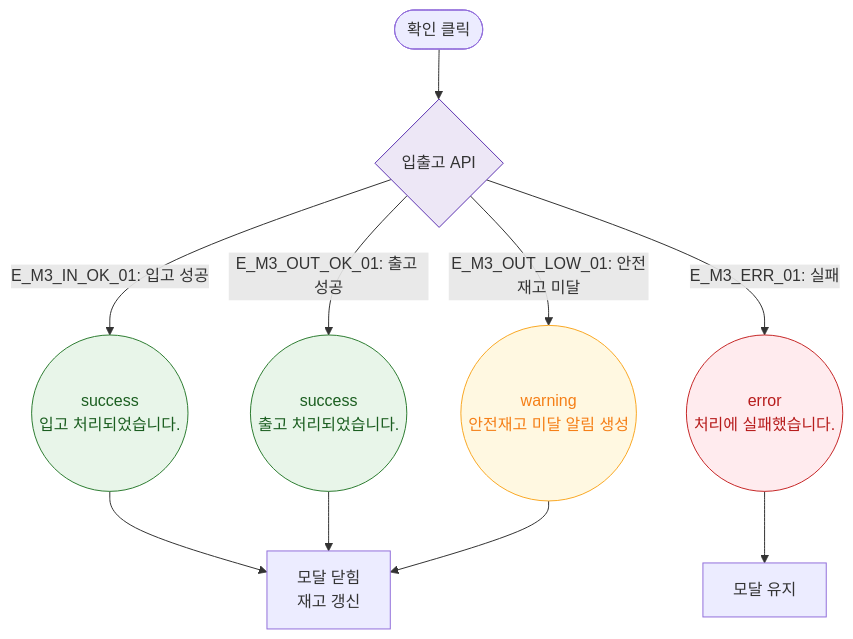
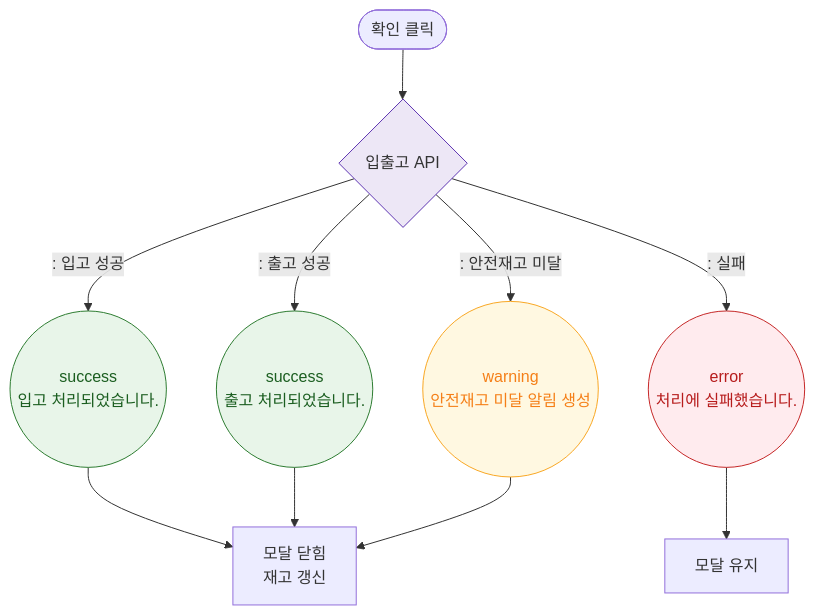
One commit to dev-spogym/admin-pando changed the diagram in docs/다이어그램/D06_시설관리/DLG/DLG-057-002_입출고처리/M3_결과분기.md. Above: the diagram before and after it, drawn with Mermaid. The commit also changed other lines of this file and 1660 other files, not shown here.

First line of the commit message:
다이어그램: 기획자/클라이언트 납품본으로 정리

````diff
--- a/docs/다이어그램/D06_시설관리/DLG/DLG-057-002_입출고처리/M3_결과분기.md
+++ b/docs/다이어그램/D06_시설관리/DLG/DLG-057-002_입출고처리/M3_결과분기.md
@@ -16,19 +14,19 @@
 ```mermaid
 flowchart TD
     ACTION([확인 클릭]) --> API{입출고 API}
-    API -->|"E_M3_IN_OK_01: 입고 성공"| InToast((success\n입고 처리되었습니다.))
-    API -->|"E_M3_OUT_OK_01: 출고 성공"| OutToast((success\n출고 처리되었습니다.))
-    API -->|"E_M3_OUT_LOW_01: 안전재고 미달"| LowWarn((warning\n안전재고 미달 알림 생성))
-    API -->|"E_M3_ERR_01: 실패"| ErrToast((error\n처리에 실패했습니다.))
+    API -->|": 입고 성공"|InToast((success\n입고 처리되었습니다.))
+    API -->|": 출고 성공"|OutToast((success\n출고 처리되었습니다.))
+    API -->|": 안전재고 미달"|LowWarn((warning\n안전재고 미달 알림 생성))
+    API -->|": 실패"|ErrToast((error\n처리에 실패했습니다.))
     InToast & OutToast & LowWarn --> CLOSE[모달 닫힘\n재고 갱신]
     ErrToast --> STAY[모달 유지]
 
     classDef success fill:#E8F5E9,stroke:#2E7D32,color:#1B5E20
     classDef warning fill:#FFF8E1,stroke:#F9A825,color:#F57F17
     classDef error fill:#FFEBEE,stroke:#C62828,color:#B71C1C
     classDef system fill:#EDE7F6,stroke:#5E35B2
     class InToast,OutToast success
     class LowWarn warning
     class ErrToast error
     class API system
 ```
````
